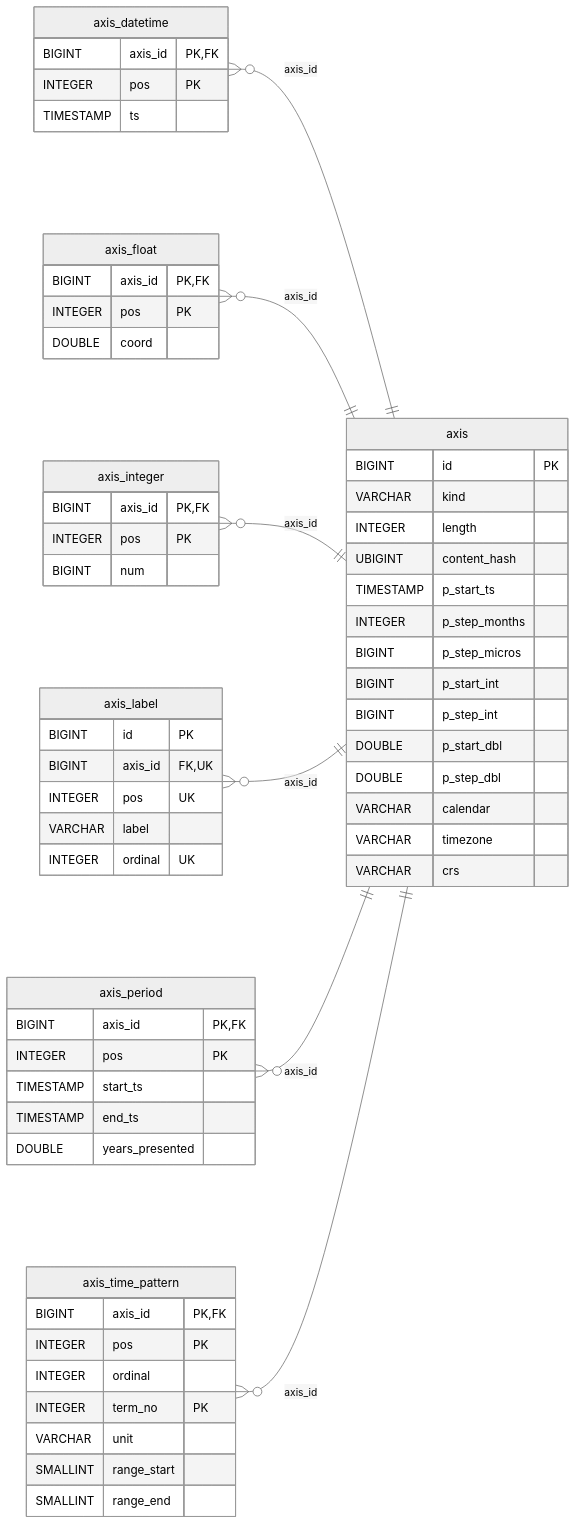
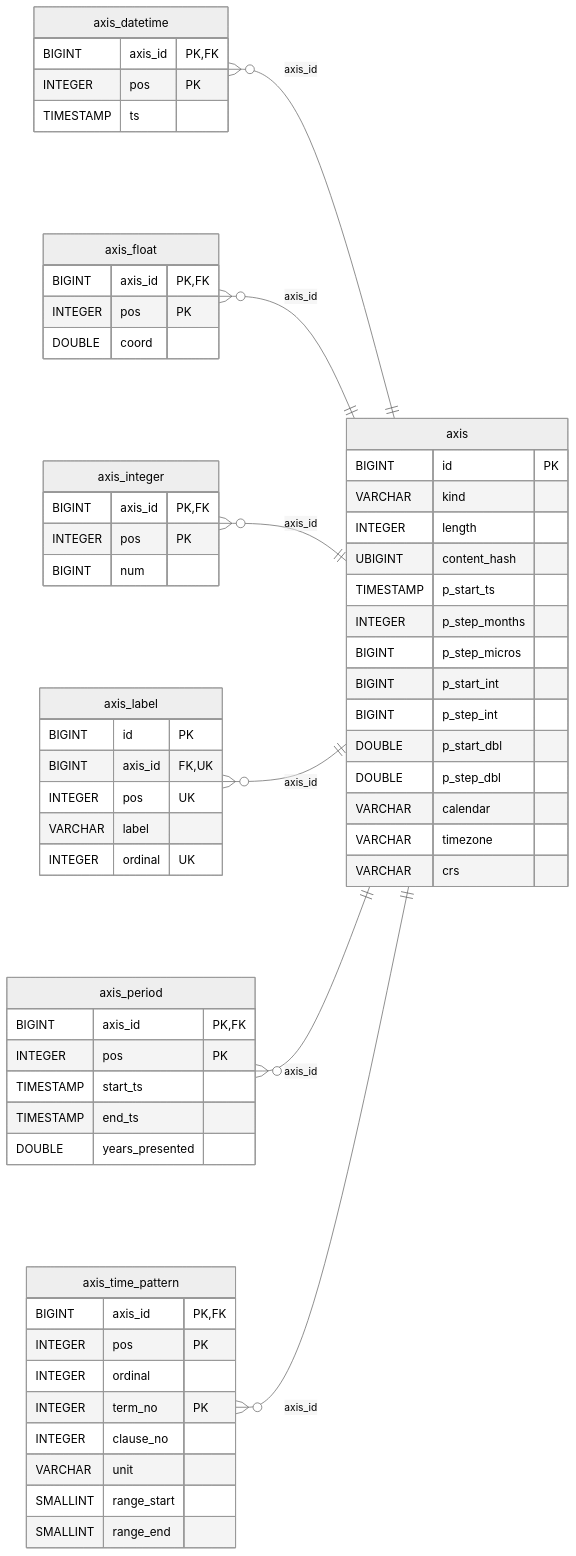
Before and after one commit to nodal-tools/nodal-db: the fifth of 15 diagrams in docs/_generated/schema_diagrams.md, drawn with Mermaid (neutral theme). The commit also changed other lines of this file and 67 other files, not shown here.

First line of the commit message:
Format freeze: schema version 7 (pre-0.1.0)

````diff
--- a/docs/_generated/schema_diagrams.md
+++ b/docs/_generated/schema_diagrams.md
@@ -506,64 +506,65 @@
 ```mermaid
 erDiagram
     direction LR
     axis {
         BIGINT id PK
         VARCHAR kind
         INTEGER length
         UBIGINT content_hash
         TIMESTAMP p_start_ts
         INTEGER p_step_months
         BIGINT p_step_micros
         BIGINT p_start_int
         BIGINT p_step_int
         DOUBLE p_start_dbl
         DOUBLE p_step_dbl
         VARCHAR calendar
         VARCHAR timezone
         VARCHAR crs
     }
     axis_datetime {
         BIGINT axis_id PK,FK
         INTEGER pos PK
         TIMESTAMP ts
     }
     axis_float {
         BIGINT axis_id PK,FK
         INTEGER pos PK
         DOUBLE coord
     }
     axis_integer {
         BIGINT axis_id PK,FK
         INTEGER pos PK
         BIGINT num
     }
     axis_label {
         BIGINT id PK
         BIGINT axis_id FK,UK
         INTEGER pos UK
         VARCHAR label
         INTEGER ordinal UK
     }
     axis_period {
         BIGINT axis_id PK,FK
         INTEGER pos PK
         TIMESTAMP start_ts
         TIMESTAMP end_ts
         DOUBLE years_presented
     }
     axis_time_pattern {
         BIGINT axis_id PK,FK
         INTEGER pos PK
         INTEGER ordinal
         INTEGER term_no PK
+        INTEGER clause_no
         VARCHAR unit
         SMALLINT range_start
         SMALLINT range_end
     }
     axis_datetime }o--|| axis : "axis_id"
     axis_float }o--|| axis : "axis_id"
     axis_integer }o--|| axis : "axis_id"
     axis_label }o--|| axis : "axis_id"
     axis_period }o--|| axis : "axis_id"
     axis_time_pattern }o--|| axis : "axis_id"
 ```
````
